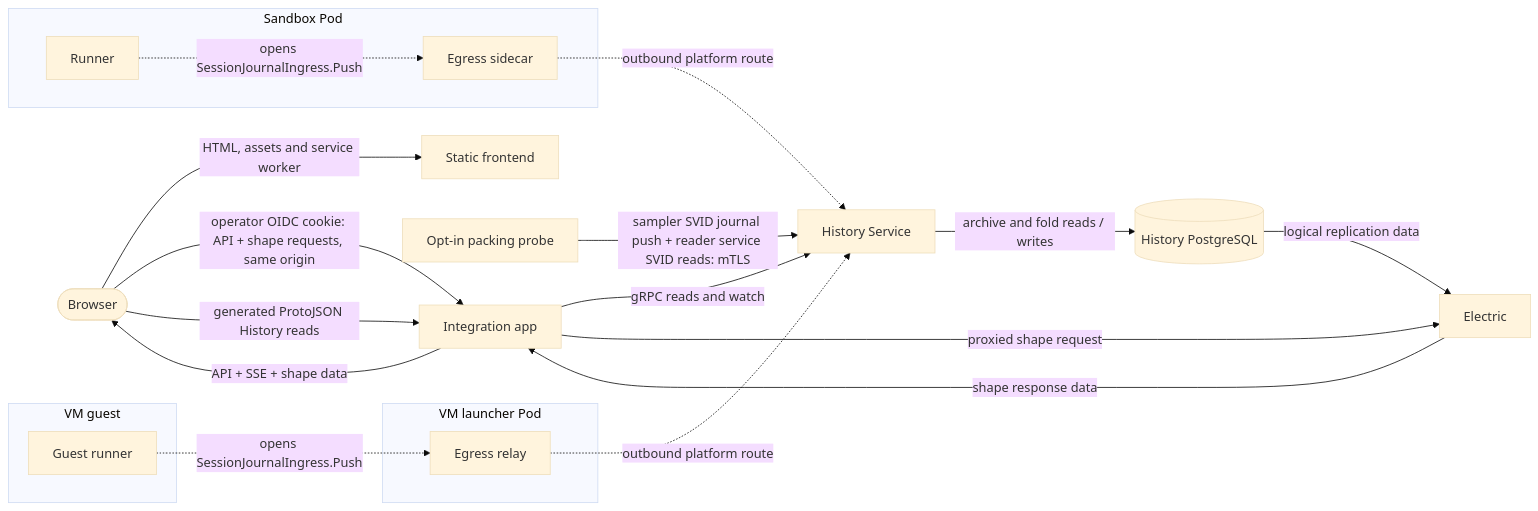
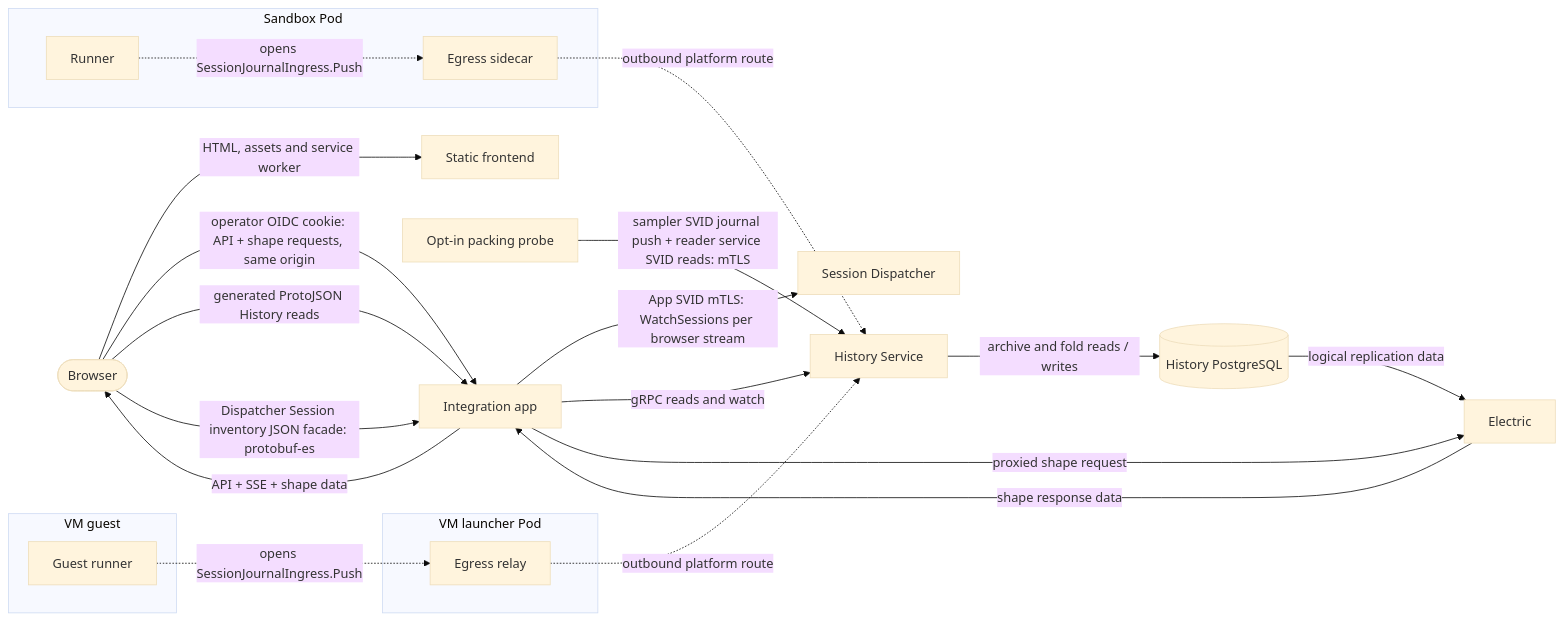
Before and after one commit to agentydragon/ducktape: the tenth of 18 diagrams in agentplane/docs/system_overview.md, drawn with Mermaid (base theme). The commit also changed other lines of this file and 23 other files, not shown here.

Commit message:
Use proxied Dispatcher Session watch for App frontend lists

````diff
--- a/agentplane/docs/system_overview.md
+++ b/agentplane/docs/system_overview.md
@@ -598,35 +598,38 @@
 ```mermaid
 flowchart LR
     browser([Browser])
     frontend[Static frontend]
     app[Integration app]
     history[History Service]
+    dispatcher[Session Dispatcher]
     probe[Opt-in packing probe]
     history_db[(History PostgreSQL)]
     electric[Electric]
     subgraph pod[Sandbox Pod]
         runner[Runner]
         sidecar[Egress sidecar]
     end
     subgraph vm_guest[VM guest]
         guest[Guest runner]
     end
     subgraph vm_pod[VM launcher Pod]
         relay[Egress relay]
     end
 
     browser -->|HTML, assets and service worker| frontend
     browser -->|operator OIDC cookie: API + shape requests, same origin| app
     browser -->|generated ProtoJSON History reads| app
+    browser -->|Dispatcher Session inventory JSON facade: protobuf-es| app
+    app -->|App SVID mTLS: WatchSessions per browser stream| dispatcher
     app -->|gRPC reads and watch| history
     app -->|proxied shape request| electric
     electric -->|shape response data| app
     app -->|API + SSE + shape data| browser
     runner -.->|opens SessionJournalIngress.Push| sidecar
     sidecar -.->|outbound platform route| history
     guest -.->|opens SessionJournalIngress.Push| relay
     relay -.->|outbound platform route| history
     probe -->|sampler SVID journal push + reader service SVID reads: mTLS| history
     history -->|archive and fold reads / writes| history_db
     history_db -->|logical replication data| electric
 ```
````
